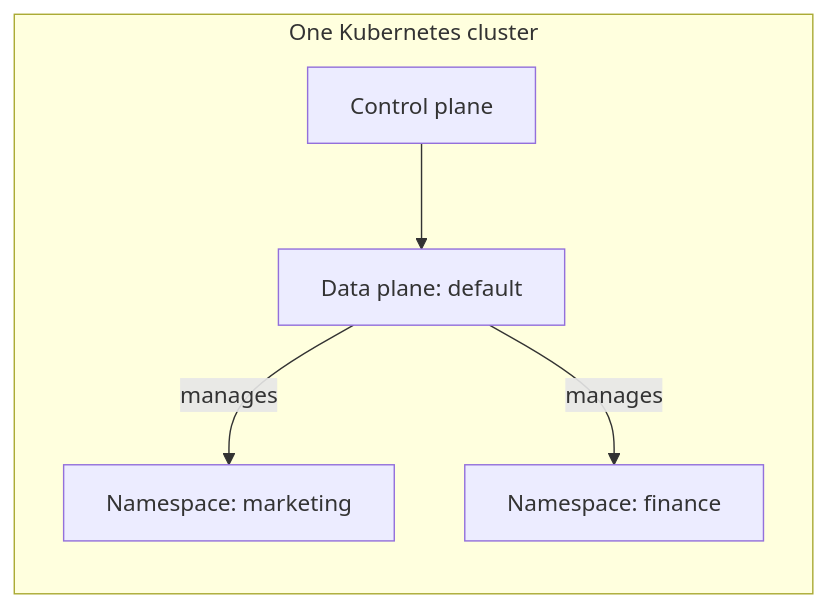
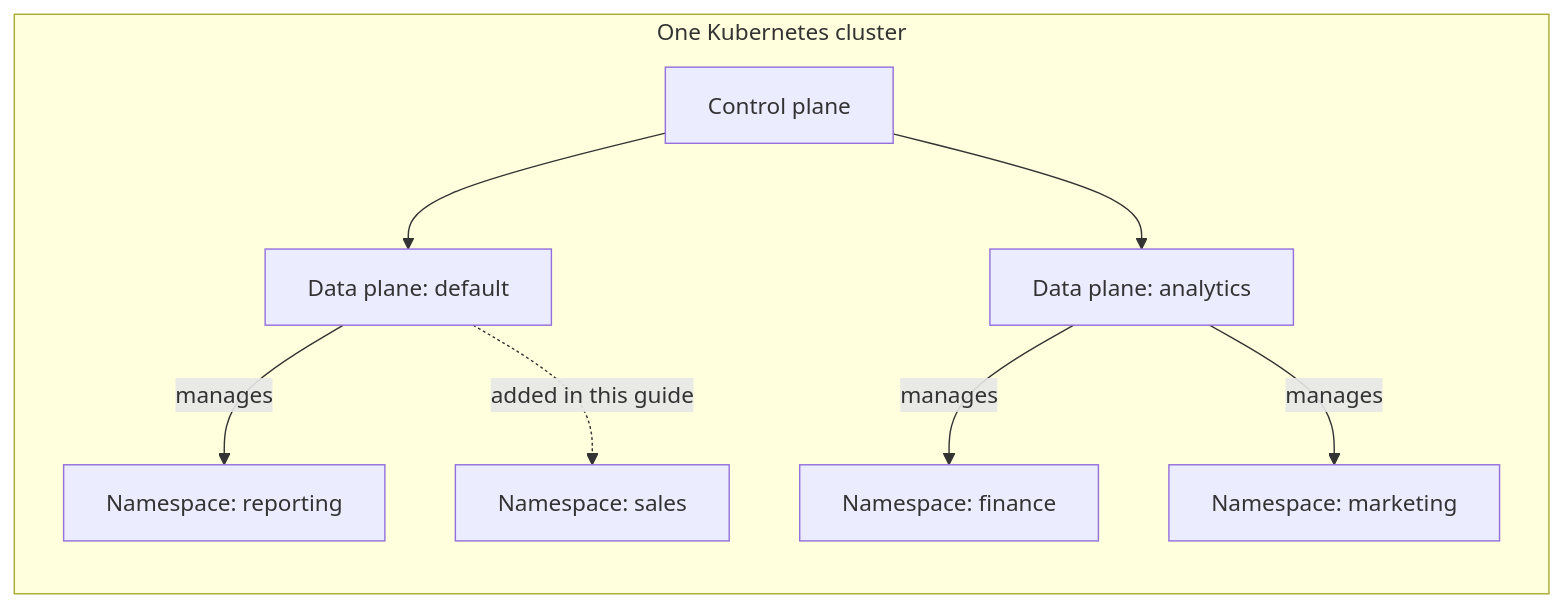
One commit to iomete/iom-docs changed the diagram in docs/deployment/connect-namespace.md. Above: the diagram before and after it, drawn with Mermaid. The commit also changed other lines of this file and 1 other file, not shown here.

First line of the commit message:
docs(PLA-1871): make the namespace guide match released 4.0.1

````diff
--- a/docs/deployment/connect-namespace.md
+++ b/docs/deployment/connect-namespace.md
@@ -26,8 +29,13 @@
 ```mermaid
 flowchart LR
+  accTitle: Data planes and workload namespaces in one Kubernetes cluster
+  accDescr: The control plane manages two data planes. The default data plane manages the workload namespace reporting, and this guide adds sales to it. The additional data plane analytics manages finance and marketing.
   subgraph cluster["One Kubernetes cluster"]
     control["Control plane"] --> defaultPlane["Data plane: default"]
-    defaultPlane -->|manages| existing["Namespace: marketing"]
-    defaultPlane -->|manages| added["Namespace: finance"]
+    control --> analyticsPlane["Data plane: analytics"]
+    defaultPlane -->|manages| reporting["Namespace: reporting"]
+    defaultPlane -.->|added in this guide| sales["Namespace: sales"]
+    analyticsPlane -->|manages| finance["Namespace: finance"]
+    analyticsPlane -->|manages| marketing["Namespace: marketing"]
   end
 ```
````
